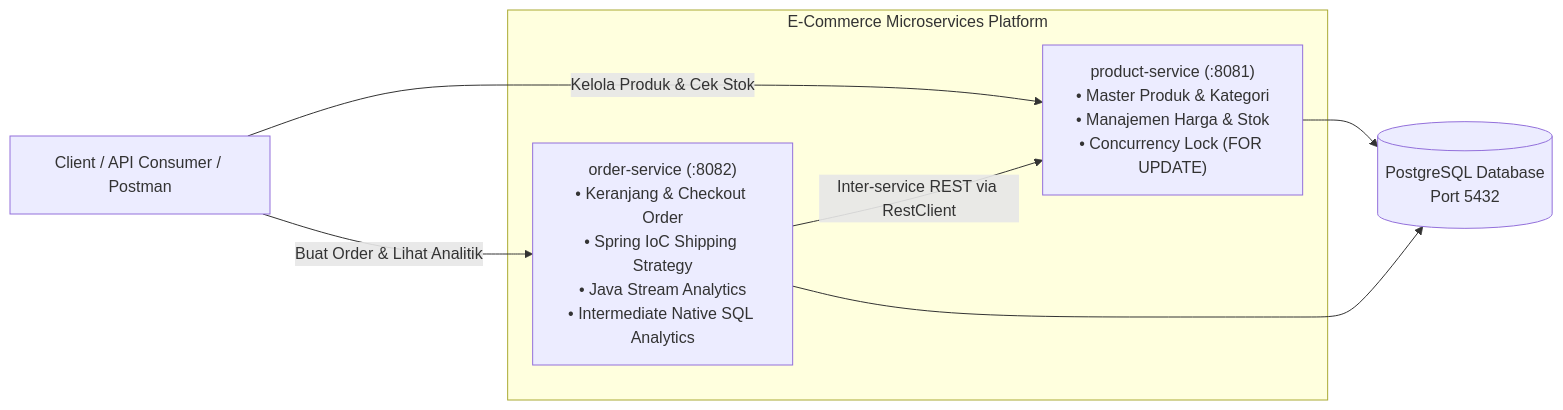
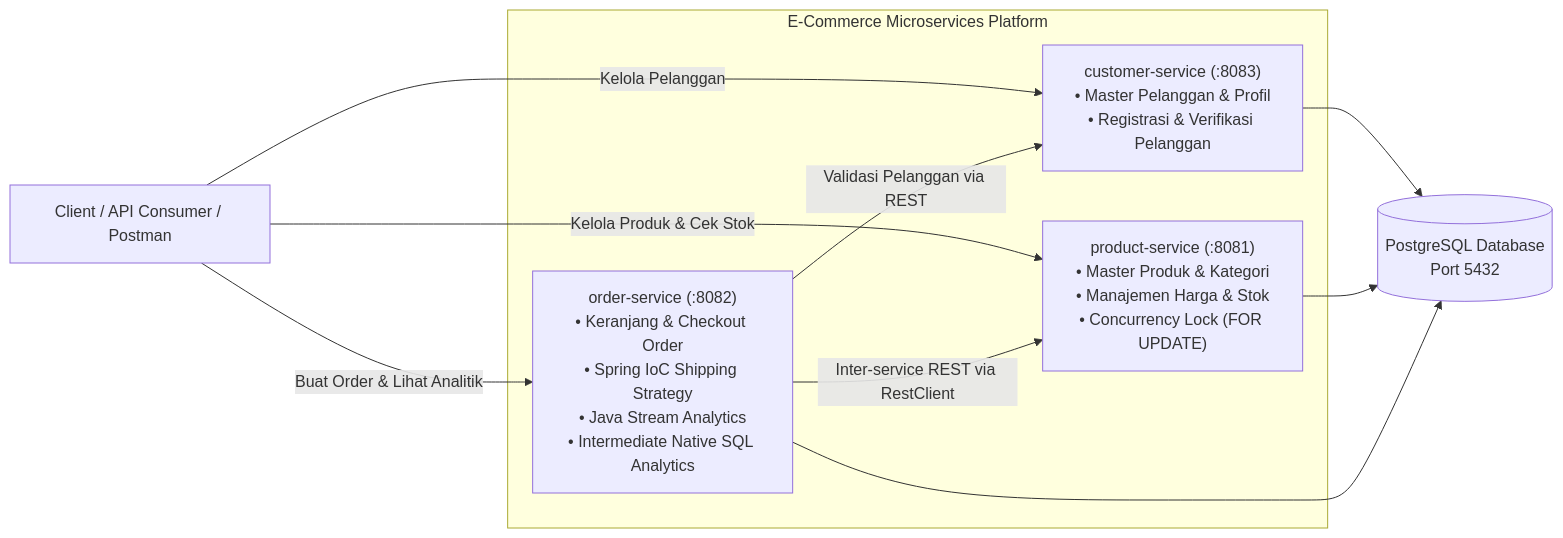
One commit to mikaelwijaya10733/e-commerce changed the diagram in README.md. Above: the diagram before and after it, drawn with Mermaid. The commit also changed other lines of this file, not shown here.

Commit message:
docs: update README with customer-service architecture and endpoints

````diff
--- a/README.md
+++ b/README.md
@@ -15,17 +15,21 @@
 ```mermaid
 flowchart LR
     Client["Client / API Consumer / Postman"]
     
     subgraph Platform["E-Commerce Microservices Platform"]
+        CS["customer-service (:8083)<br/>• Master Pelanggan & Profil<br/>• Registrasi & Verifikasi Pelanggan"]
         PS["product-service (:8081)<br/>• Master Produk & Kategori<br/>• Manajemen Harga & Stok<br/>• Concurrency Lock (FOR UPDATE)"]
         OS["order-service (:8082)<br/>• Keranjang & Checkout Order<br/>• Spring IoC Shipping Strategy<br/>• Java Stream Analytics<br/>• Intermediate Native SQL Analytics"]
     end
     
     DB[("PostgreSQL Database<br/>Port 5432")]
     
+    Client -->|Kelola Pelanggan| CS
     Client -->|Kelola Produk & Cek Stok| PS
     Client -->|Buat Order & Lihat Analitik| OS
+    OS -->|Validasi Pelanggan via REST| CS
     OS -->|Inter-service REST via RestClient| PS
+    CS --> DB
     PS --> DB
     OS --> DB
 ```
````
